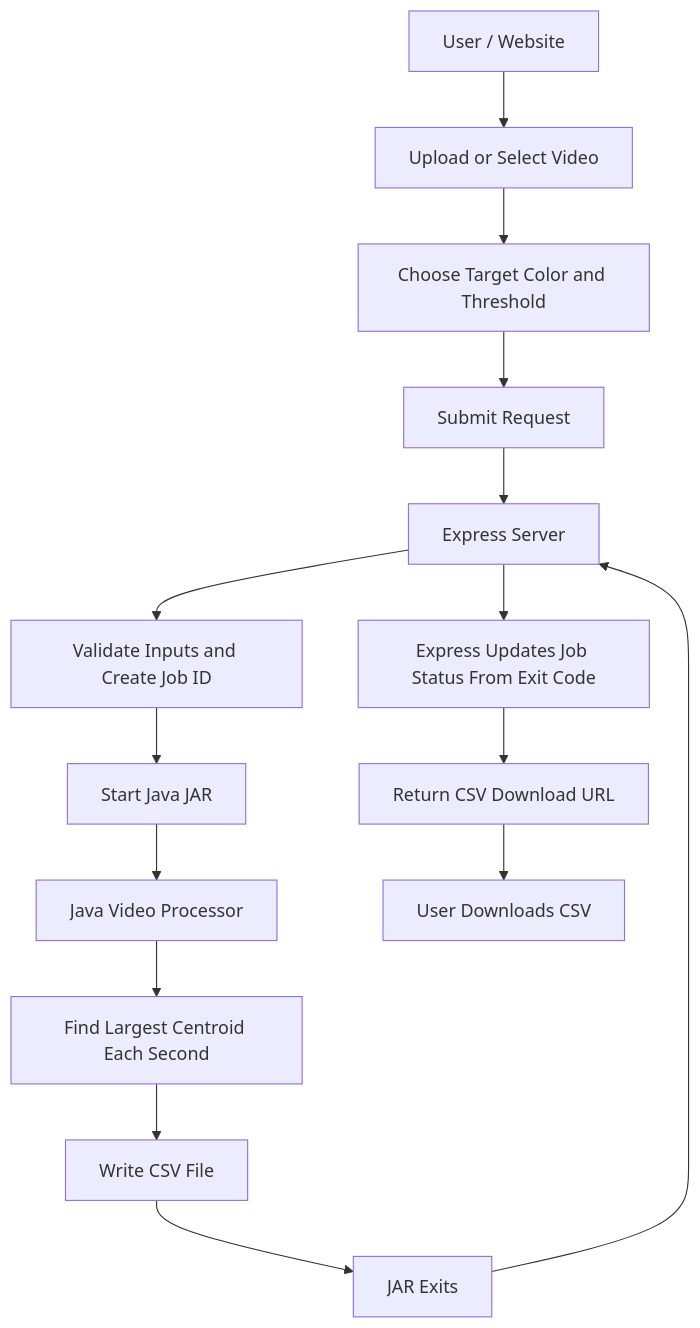
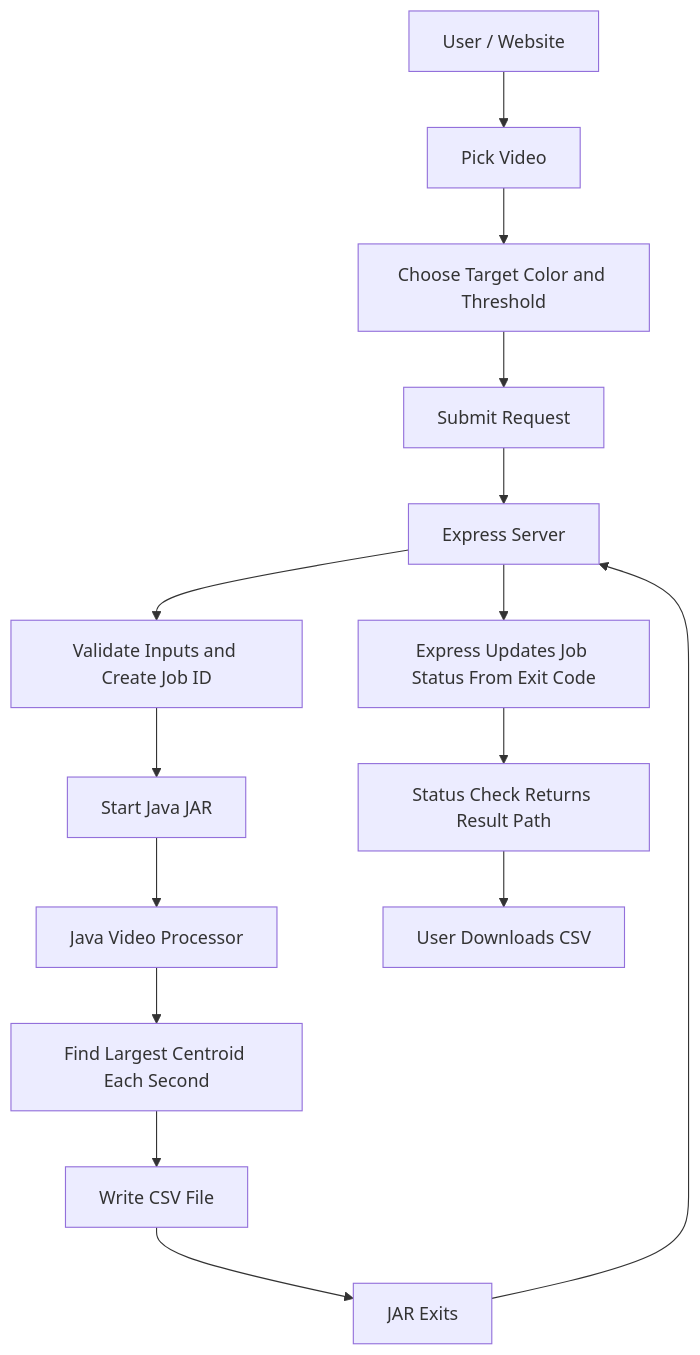
Before and after one commit to grc-cohort-23/centroid-finder: the diagram in serverPlan.md, drawn with Mermaid. The commit also changed other lines of this file, not shown here.

````diff
--- a/serverPlan.md
+++ b/serverPlan.md
@@ -24,17 +22,17 @@
 ```mermaid
 flowchart TD
-    A[User / Website] --> B[Upload or Select Video]
+    A[User / Website] --> B[Pick Video]
     B --> C[Choose Target Color and Threshold]
     C --> D[Submit Request]
     D --> E[Express Server]
     E --> F[Validate Inputs and Create Job ID]
     F --> G[Start Java JAR]
     G --> H[Java Video Processor]
     H --> I[Find Largest Centroid Each Second]
     I --> J[Write CSV File]
     J --> K[JAR Exits]
     K --> E
     E --> L[Express Updates Job Status From Exit Code]
-    L --> M[Return CSV Download URL]
+    L --> M[Status Check Returns Result Path]
     M --> N[User Downloads CSV]
 ```
````
